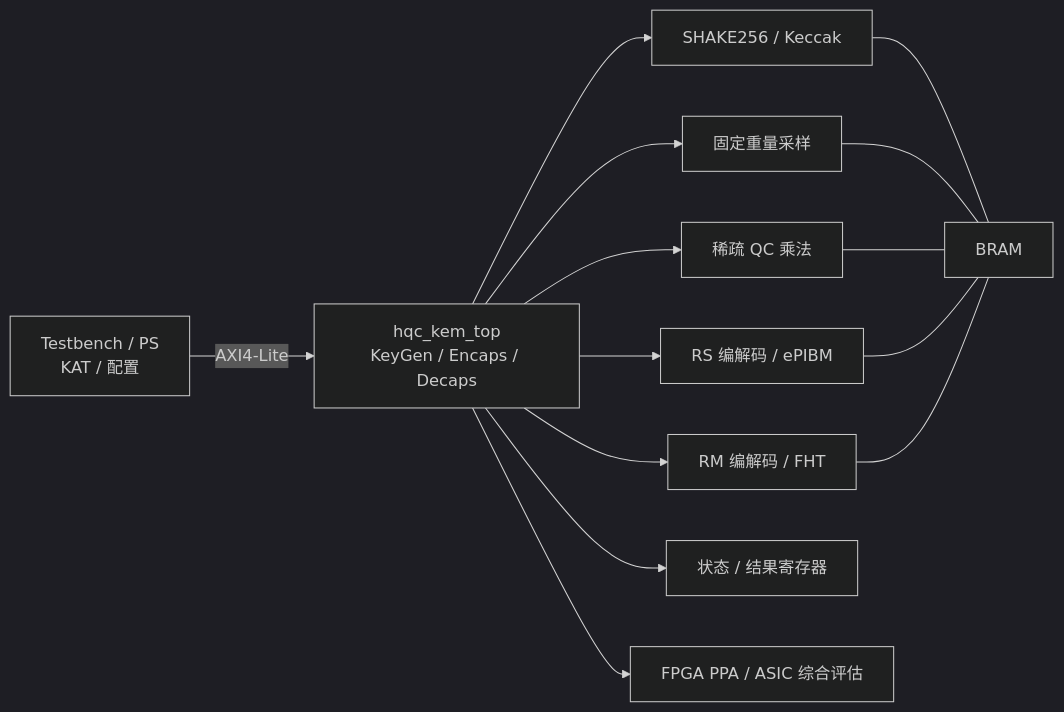
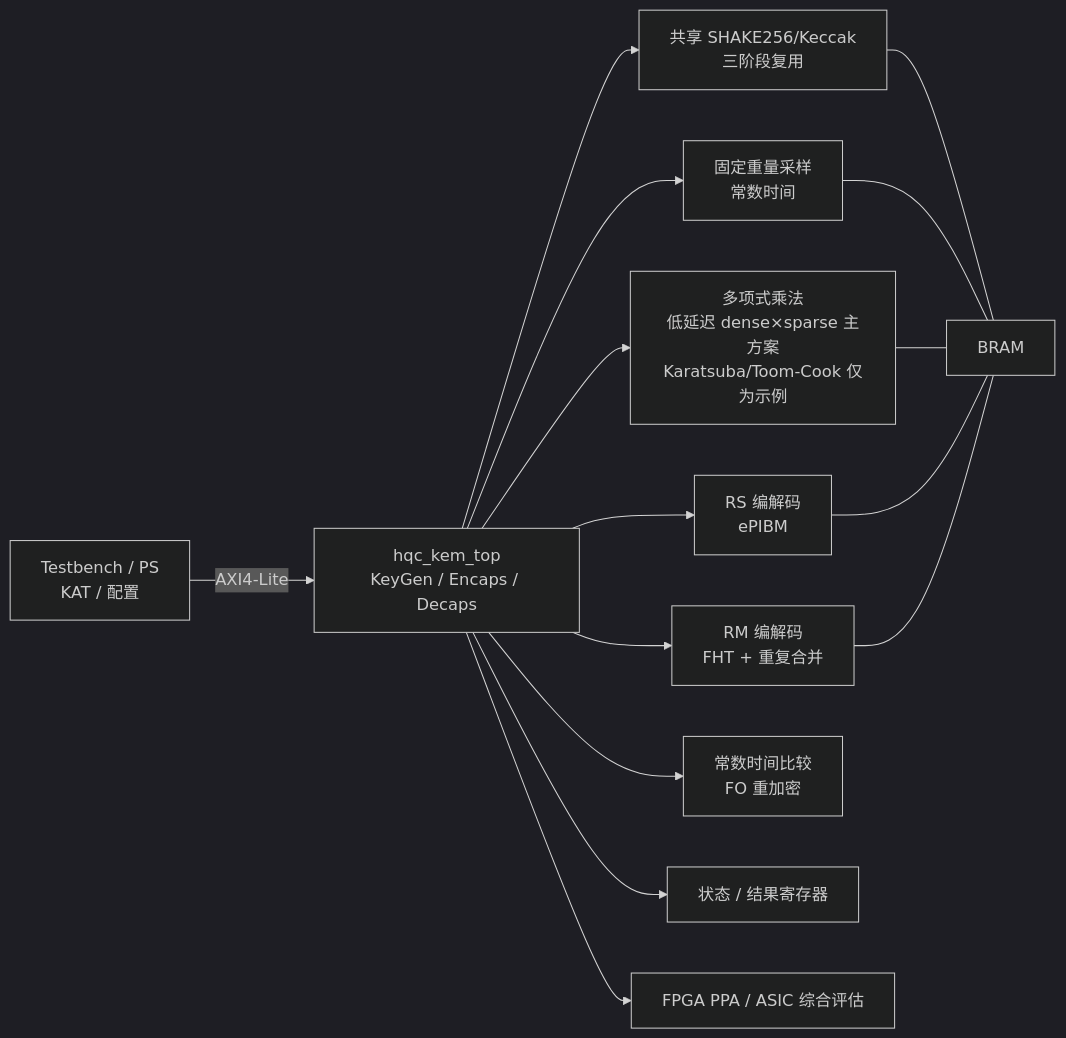
One commit to LibJiang/dachuang changed the diagram in README.md. Above: the diagram before and after it, drawn with Mermaid (dark theme). The commit also changed other lines of this file and 28 other files, not shown here.

Commit message:
docs: align HQC mainline to low-latency dense x sparse

````diff
--- a/README.md
+++ b/README.md
@@ -17,16 +25,17 @@
 ```mermaid
 flowchart LR
     HOST[Testbench / PS<br/>KAT / 配置] -->|AXI4-Lite| TOP[hqc_kem_top<br/>KeyGen / Encaps / Decaps]
-    TOP --> SHAKE[SHAKE256 / Keccak]
-    TOP --> SAMP[固定重量采样]
-    TOP --> SM[稀疏 QC 乘法]
-    TOP --> RS[RS 编解码 / ePIBM]
-    TOP --> RM[RM 编解码 / FHT]
+    TOP --> SHAKE[共享 SHAKE256/Keccak<br/>三阶段复用]
+    TOP --> SAMP[固定重量采样<br/>常数时间]
+    TOP --> PM[多项式乘法<br/>低延迟 dense×sparse 主方案<br/>Karatsuba/Toom-Cook 仅为示例]
+    TOP --> RS[RS 编解码<br/>ePIBM]
+    TOP --> RM[RM 编解码<br/>FHT + 重复合并]
+    TOP --> CT[常数时间比较<br/>FO 重加密]
     SHAKE --- MEM[BRAM]
     SAMP --- MEM
-    SM --- MEM
+    PM --- MEM
     RS --- MEM
     RM --- MEM
     TOP --> REG[状态 / 结果寄存器]
     TOP --> OUT[FPGA PPA / ASIC 综合评估]
 ```
````
